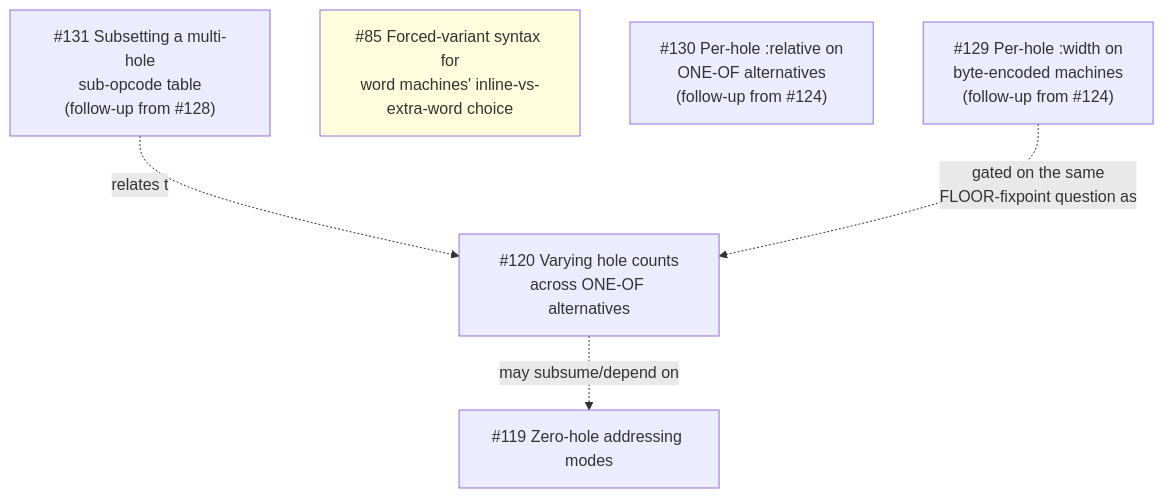
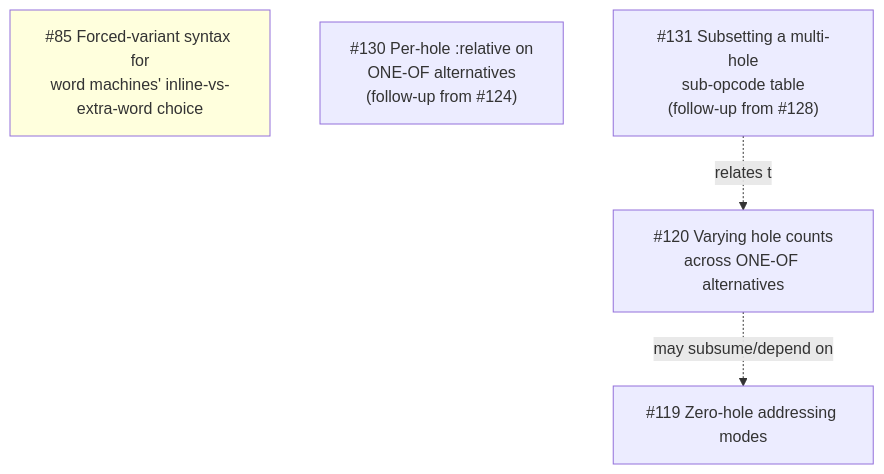
Before and after one commit to takeiteasy/lasm: the diagram in docs/tickets.md, drawn with Mermaid. The commit also changed other lines of this file and 12 other files, not shown here.

````diff
--- a/docs/tickets.md
+++ b/docs/tickets.md
@@ -20,15 +20,13 @@
 ```mermaid
 graph TD
-    T129["#129 Per-hole :width on\nbyte-encoded machines\n(follow-up from #124)"]
     T120["#120 Varying hole counts\nacross ONE-OF alternatives"]
     T119["#119 Zero-hole addressing modes"]
     T85["#85 Forced-variant syntax for\nword machines' inline-vs-extra-word choice"]
     T130["#130 Per-hole :relative on\nONE-OF alternatives\n(follow-up from #124)"]
     T131["#131 Subsetting a multi-hole\nsub-opcode table\n(follow-up from #128)"]
 
     T120 -.may subsume/depend on.-> T119
     T131 -.relates to.-> T120
-    T129 -.gated on the same\nFLOOR-fixpoint question as.-> T120
 
     style T85 fill:#ffd
 ```
````
